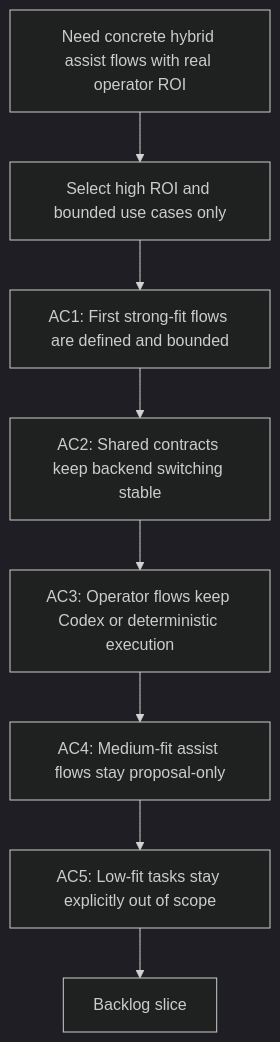
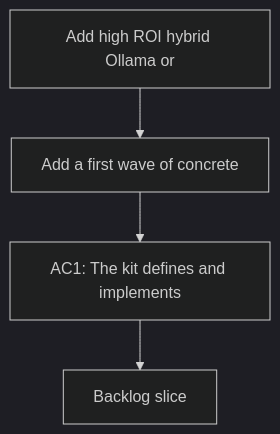
The diagram in logics/request/req_090_add_high_roi_hybrid_ollama_or_codex_assist_flows_for_repetitive_logics_delivery_operations.md (AlexAgo83/logics-manager), drawn with Mermaid (dark theme) before and after one commit. The commit also changed 481 other files, not shown here.

````diff
--- a/logics/request/req_090_add_high_roi_hybrid_ollama_or_codex_assist_flows_for_repetitive_logics_delivery_operations.md
+++ b/logics/request/req_090_add_high_roi_hybrid_ollama_or_codex_assist_flows_for_repetitive_logics_delivery_operations.md
@@ -34,12 +34,8 @@
 ```mermaid
 %% logics-kind: request
 %% logics-signature: request|add-high-roi-hybrid-ollama-or-codex-assi|add-a-first-wave-of-concrete|ac1-the-kit-defines-and-implements
 flowchart TD
-    Trigger[Need concrete hybrid assist flows with real operator ROI] --> Scope[Select high ROI and bounded use cases only]
-    Scope --> AC1[AC1: First strong-fit flows are defined and bounded]
-    AC1 --> AC2[AC2: Shared contracts keep backend switching stable]
-    AC2 --> AC3[AC3: Operator flows keep Codex or deterministic execution]
-    AC3 --> AC4[AC4: Medium-fit assist flows stay proposal-only]
-    AC4 --> AC5[AC5: Low-fit tasks stay explicitly out of scope]
-    AC5 --> Backlog[Backlog slice]
+    Trigger[Add high ROI hybrid Ollama or] --> Need[Add a first wave of concrete]
+    Need --> Outcome[AC1: The kit defines and implements]
+    Outcome --> Backlog[Backlog slice]
 ```
````
